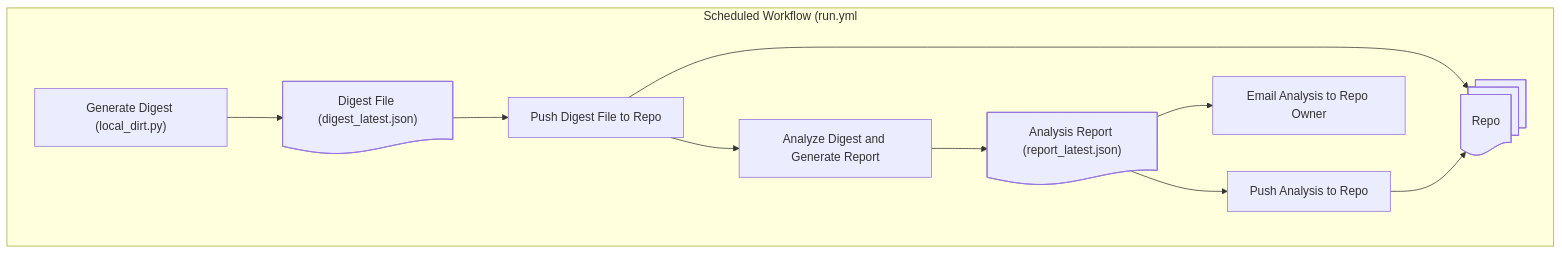
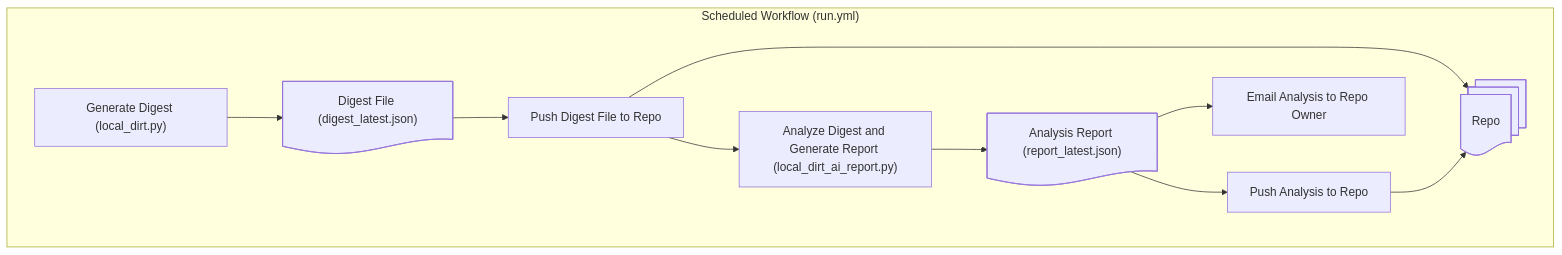
Before and after one commit to hoosierjay/local-dirt: the diagram in README.md, drawn with Mermaid.

Commit message:
Update workflow labels in README.md

````diff
--- a/README.md
+++ b/README.md
@@ -30,21 +30,21 @@
 ```mermaid
 flowchart TD
-  subgraph "Scheduled Workflow (run.yml"
+  subgraph "Scheduled Workflow (run.yml)"
     Step4.1@{ shape: rect, label: "Generate Digest (local_dirt.py)" }
     Step4.2@{ shape: doc, label: "Digest File (digest_latest.json)" }
     Step5.1@{ shape: rect, label: "Push Digest File to Repo" }
-    Step6.1@{ shape: rect, label: "Analyze Digest and Generate Report" }
+    Step6.1@{ shape: rect, label: "Analyze Digest and Generate Report (local_dirt_ai_report.py)" }
     Step6.2@{ shape: doc, label: "Analysis Report (report_latest.json)" }
     Step7.1@{ shape: rect, label: "Push Analysis to Repo" }
     Step8.1@{ shape: rect, label: "Email Analysis to Repo Owner" }
     Step9.0@{ shape: docs, label: "Repo" }
   end
   Step4.1 --> Step4.2
   Step4.2 --> Step5.1
   Step5.1 --> Step6.1
   Step6.1 --> Step6.2
   Step6.2 --> Step7.1
   Step6.2 --> Step8.1
   Step5.1 --> Step9.0
   Step7.1 --> Step9.0
 ```
````
